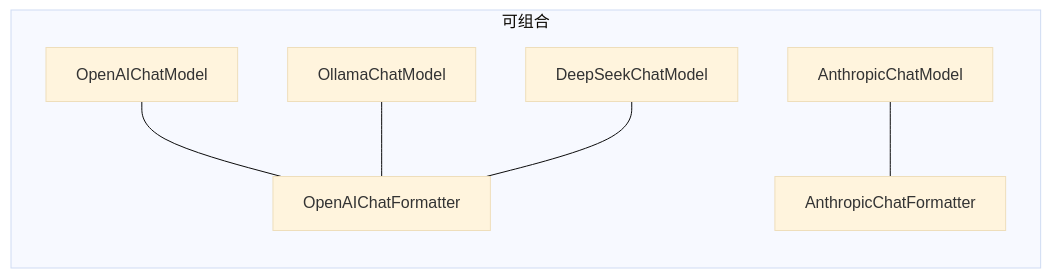
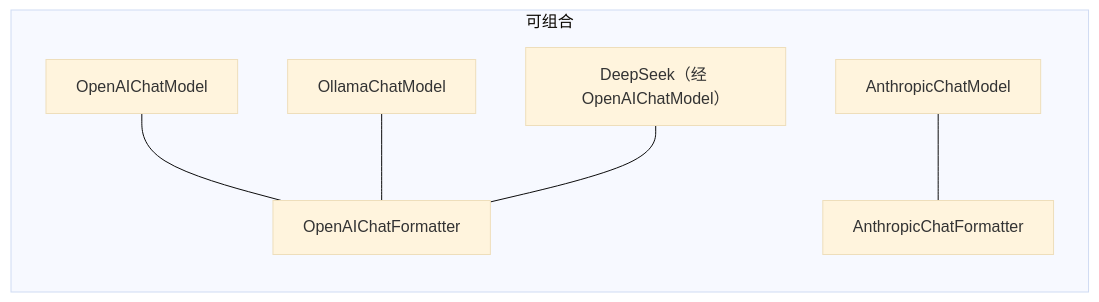
Before and after one commit to nadav-cheung/agentscope: the diagram in teaching/book/volume-2-patterns/ch16-formatter-strategy.md, drawn with Mermaid (base theme). The commit also changed other lines of this file and 5 other files, not shown here.

````diff
--- a/teaching/book/volume-2-patterns/ch16-formatter-strategy.md
+++ b/teaching/book/volume-2-patterns/ch16-formatter-strategy.md
@@ -77,9 +77,9 @@
 ```mermaid
 flowchart LR
     subgraph 可组合
         M1[OpenAIChatModel] --- F1[OpenAIChatFormatter]
         M2[AnthropicChatModel] --- F2[AnthropicChatFormatter]
         M3[OllamaChatModel] --- F1
-        M4[DeepSeekChatModel] --- F1
+        M4["DeepSeek（经 OpenAIChatModel）"] --- F1
     end
 ```
````
